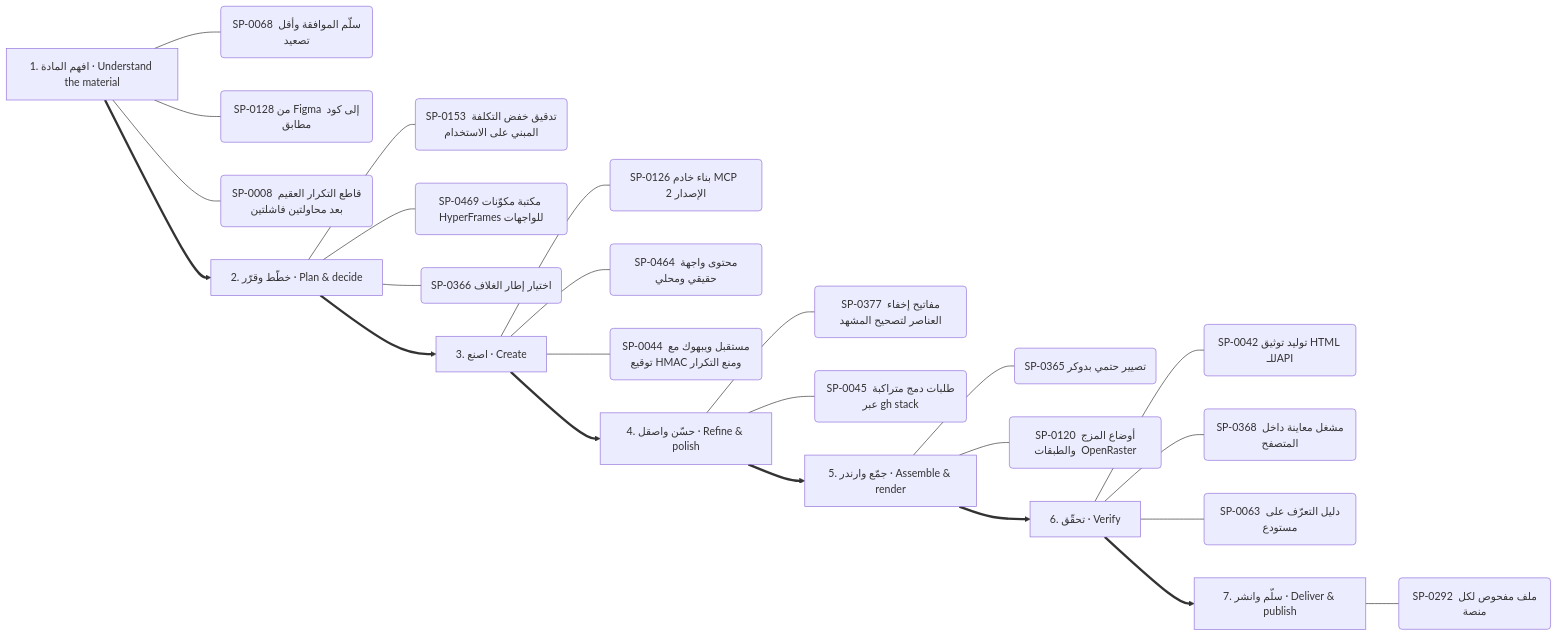
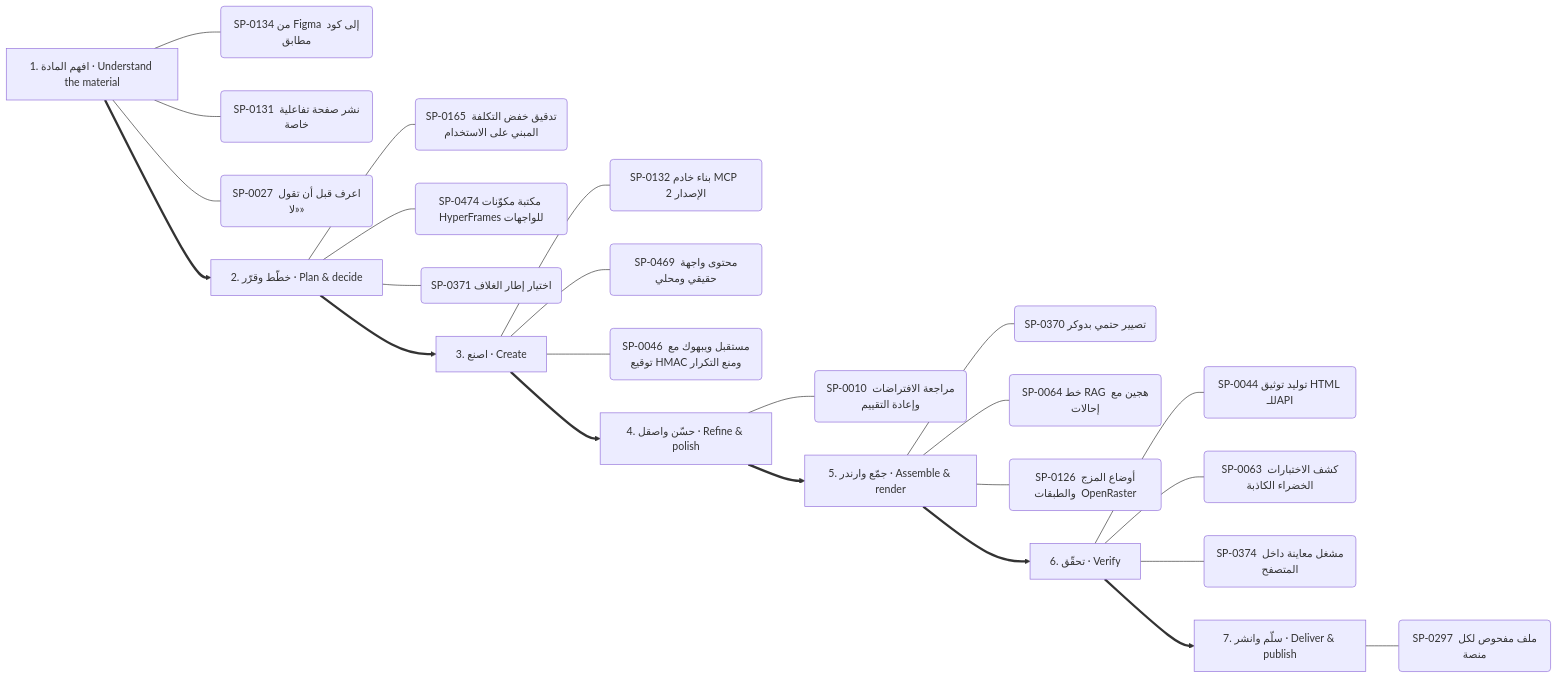
The ninth of 13 diagrams in .claude/skills/kosif-superpowers/references/capability-mindmap.md (kosif199022-jpg/kosif-tool), drawn with Mermaid before and after one commit. The commit also changed other lines of this file and 1314 other files, not shown here.

````diff
--- a/.claude/skills/kosif-superpowers/references/capability-mindmap.md
+++ b/.claude/skills/kosif-superpowers/references/capability-mindmap.md
@@ -459,33 +463,33 @@
 ```mermaid
 flowchart LR
   S0["1. افهم المادة · Understand the material"]
-  S0 --- S0_0("SP-0068 سلّم الموافقة وأقل تصعيد")
-  S0 --- S0_1("SP-0128 من Figma إلى كود مطابق")
-  S0 --- S0_2("SP-0008 قاطع التكرار العقيم بعد محاولتين فاشلتين")
+  S0 --- S0_0("SP-0134 من Figma إلى كود مطابق")
+  S0 --- S0_1("SP-0131 نشر صفحة تفاعلية خاصة")
+  S0 --- S0_2("SP-0027 اعرف قبل أن تقول «لا»")
   S1["2. خطّط وقرّر · Plan & decide"]
-  S1 --- S1_0("SP-0153 تدقيق خفض التكلفة المبني على الاستخدام")
-  S1 --- S1_1("SP-0469 مكتبة مكوّنات HyperFrames للواجهات")
-  S1 --- S1_2("SP-0366 اختيار إطار الغلاف")
+  S1 --- S1_0("SP-0165 تدقيق خفض التكلفة المبني على الاستخدام")
+  S1 --- S1_1("SP-0474 مكتبة مكوّنات HyperFrames للواجهات")
+  S1 --- S1_2("SP-0371 اختيار إطار الغلاف")
   S0 ==> S1
   S2["3. اصنع · Create"]
-  S2 --- S2_0("SP-0126 بناء خادم MCP  الإصدار 2 ")
-  S2 --- S2_1("SP-0464 محتوى واجهة حقيقي ومحلي")
-  S2 --- S2_2("SP-0044 مستقبل ويبهوك مع توقيع HMAC ومنع التكرار")
+  S2 --- S2_0("SP-0132 بناء خادم MCP  الإصدار 2 ")
+  S2 --- S2_1("SP-0469 محتوى واجهة حقيقي ومحلي")
+  S2 --- S2_2("SP-0046 مستقبل ويبهوك مع توقيع HMAC ومنع التكرار")
   S1 ==> S2
   S3["4. حسّن واصقل · Refine & polish"]
-  S3 --- S3_0("SP-0377 مفاتيح إخفاء العناصر لتصحيح المشهد")
-  S3 --- S3_1("SP-0045 طلبات دمج متراكبة عبر gh stack")
+  S3 --- S3_0("SP-0010 مراجعة الافتراضات وإعادة التقييم")
   S2 ==> S3
   S4["5. جمّع وارندر · Assemble & render"]
-  S4 --- S4_0("SP-0365 تصيير حتمي بدوكر")
-  S4 --- S4_1("SP-0120 أوضاع المزج والطبقات  OpenRaster ")
+  S4 --- S4_0("SP-0370 تصيير حتمي بدوكر")
+  S4 --- S4_1("SP-0064 خط RAG هجين مع إحالات")
+  S4 --- S4_2("SP-0126 أوضاع المزج والطبقات  OpenRaster ")
   S3 ==> S4
   S5["6. تحقّق · Verify"]
-  S5 --- S5_0("SP-0042 توليد توثيق HTML للـAPI")
-  S5 --- S5_1("SP-0368 مشغل معاينة داخل المتصفح")
-  S5 --- S5_2("SP-0063 دليل التعرّف على مستودع")
+  S5 --- S5_0("SP-0044 توليد توثيق HTML للـAPI")
+  S5 --- S5_1("SP-0063 كشف الاختبارات الخضراء الكاذبة")
+  S5 --- S5_2("SP-0374 مشغل معاينة داخل المتصفح")
   S4 ==> S5
   S6["7. سلّم وانشر · Deliver & publish"]
-  S6 --- S6_0("SP-0292 ملف مفحوص لكل منصة")
+  S6 --- S6_0("SP-0297 ملف مفحوص لكل منصة")
   S5 ==> S6
 ```
````
